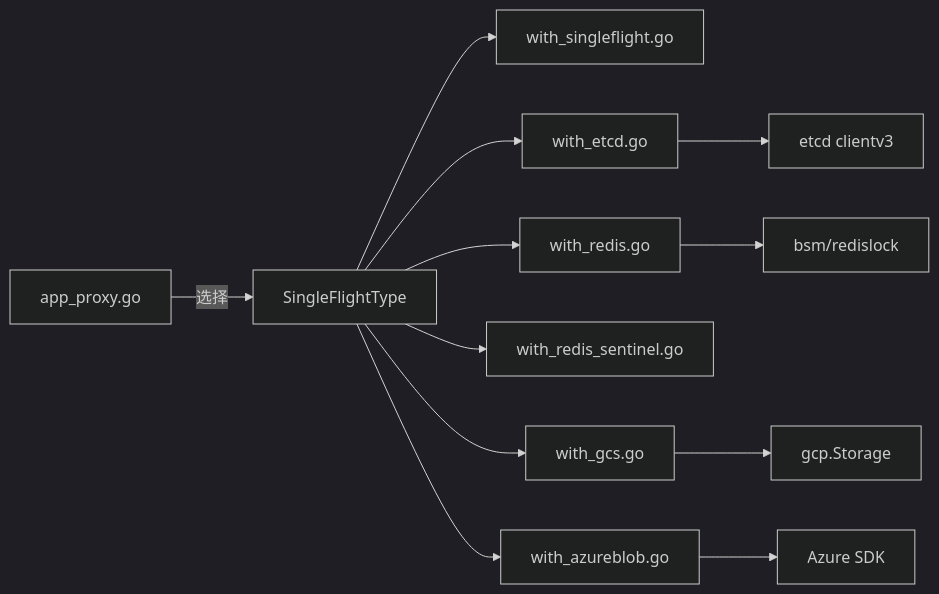
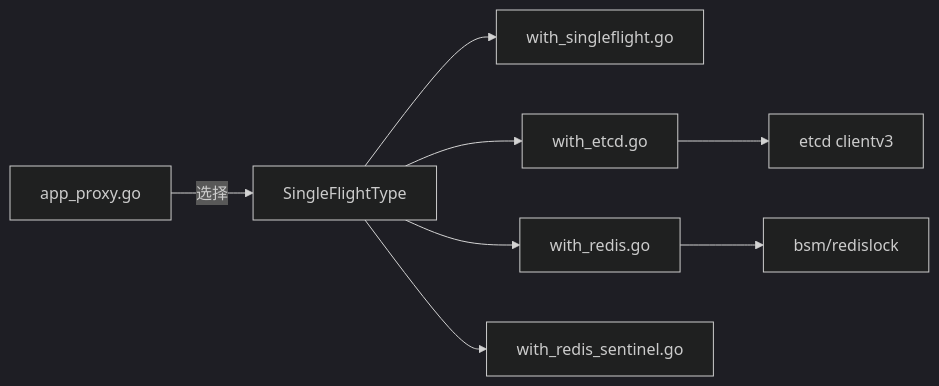
The fourth of 4 diagrams in .qoder/repowiki/zh/content/配置参考/高级配置/SingleFlight分布式锁配置.md (leimeng-go/athens), drawn with Mermaid (dark theme) before and after one commit. The commit also changed other lines of this file and 14 other files, not shown here.

````diff
--- a/.qoder/repowiki/zh/content/配置参考/高级配置/SingleFlight分布式锁配置.md
+++ b/.qoder/repowiki/zh/content/配置参考/高级配置/SingleFlight分布式锁配置.md
@@ -263,14 +244,10 @@
 ```mermaid
 graph LR
 App["app_proxy.go"] --> |选择| SF["SingleFlightType"]
 SF --> Mem["with_singleflight.go"]
 SF --> Etcd["with_etcd.go"]
 SF --> Redis["with_redis.go"]
 SF --> RSent["with_redis_sentinel.go"]
-SF --> GCS["with_gcs.go"]
-SF --> AZ["with_azureblob.go"]
 Redis --> RL["bsm/redislock"]
 Etcd --> EC["etcd clientv3"]
-GCS --> GS["gcp.Storage"]
-AZ --> AS["Azure SDK"]
 ```
````
